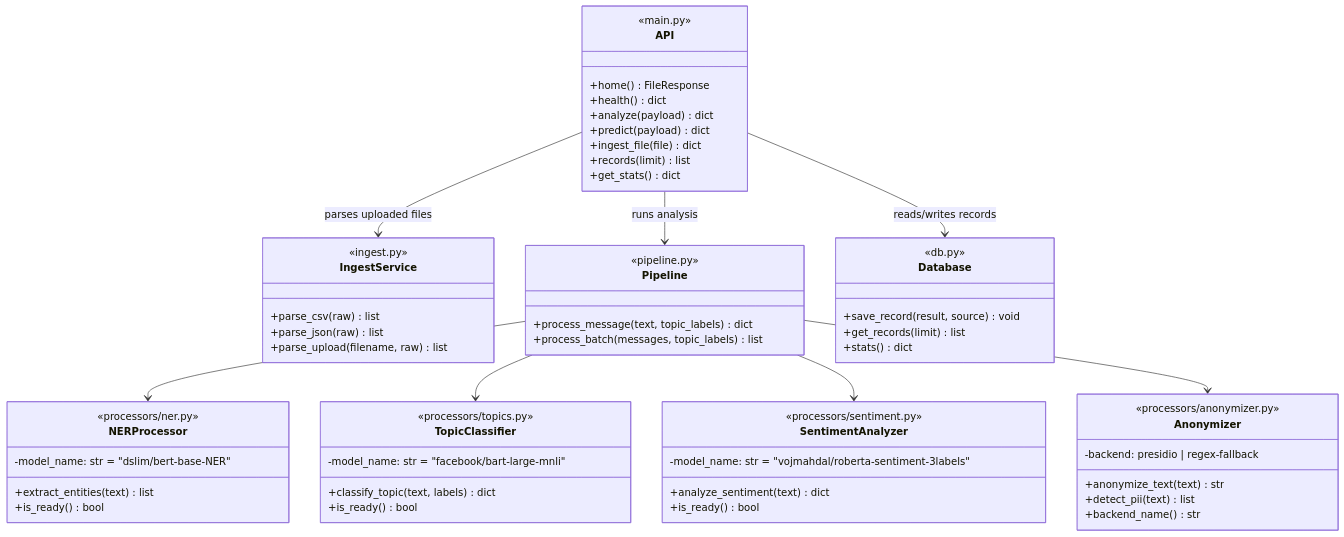
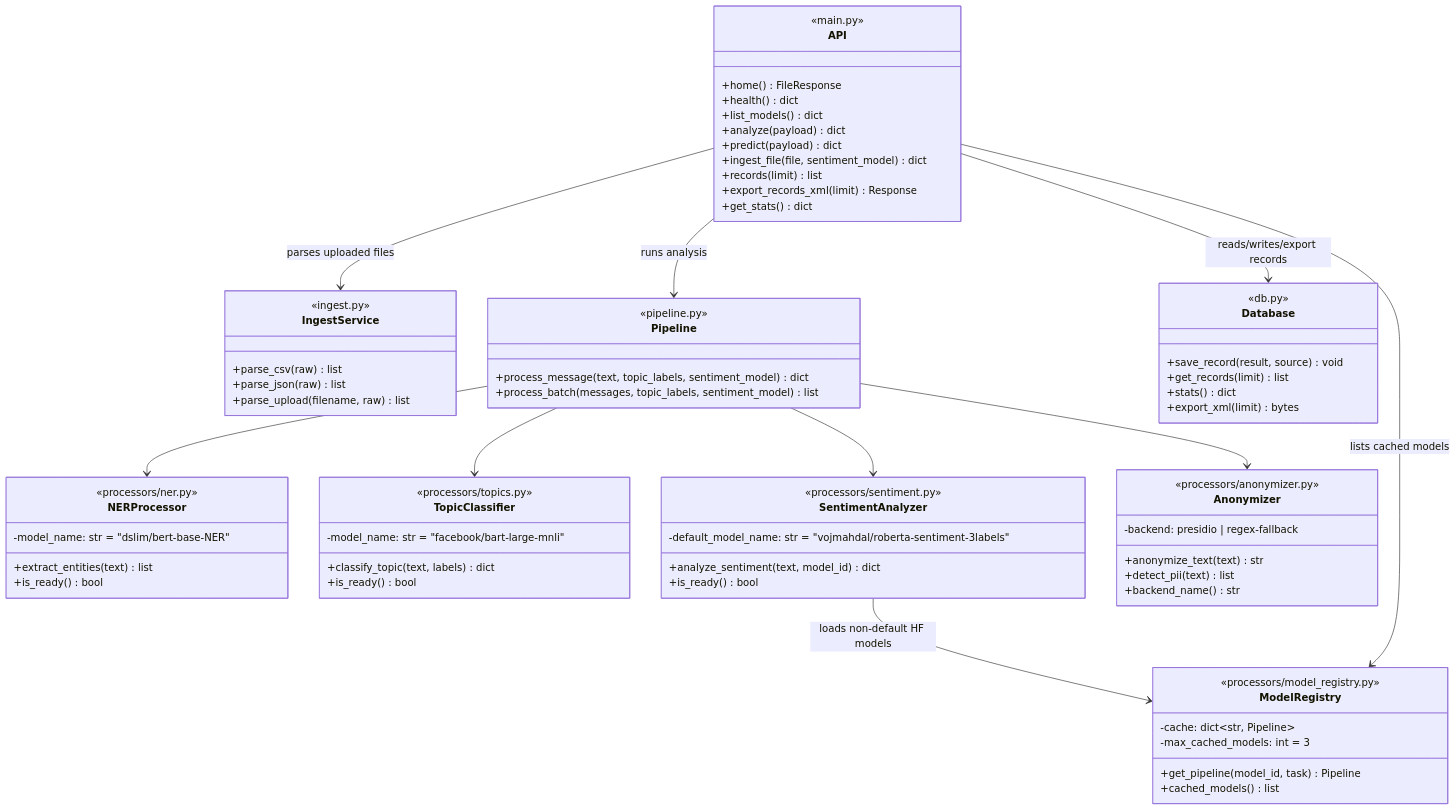
The diagram in docs/class_diagram.md (vojmahdal/sentiment_analysis_api), drawn with Mermaid before and after one commit. The commit also changed other lines of this file and 12 other files, not shown here.

````diff
--- a/docs/class_diagram.md
+++ b/docs/class_diagram.md
@@ -9,10 +11,12 @@
         <<main.py>>
         +home() FileResponse
         +health() dict
+        +list_models() dict
         +analyze(payload) dict
         +predict(payload) dict
-        +ingest_file(file) dict
+        +ingest_file(file, sentiment_model) dict
         +records(limit) list
+        +export_records_xml(limit) Response
         +get_stats() dict
     }
 
@@ -25,8 +29,8 @@
 
     class Pipeline {
         <<pipeline.py>>
-        +process_message(text, topic_labels) dict
-        +process_batch(messages, topic_labels) list
+        +process_message(text, topic_labels, sentiment_model) dict
+        +process_batch(messages, topic_labels, sentiment_model) list
     }
 
     class NERProcessor {
@@ -45,9 +49,17 @@
 
     class SentimentAnalyzer {
         <<processors/sentiment.py>>
-        -model_name: str = "vojmahdal/roberta-sentiment-3labels"
-        +analyze_sentiment(text) dict
+        -default_model_name: str = "vojmahdal/roberta-sentiment-3labels"
+        +analyze_sentiment(text, model_id) dict
         +is_ready() bool
+    }
+
+    class ModelRegistry {
+        <<processors/model_registry.py>>
+        -cache: dict~str, Pipeline~
+        -max_cached_models: int = 3
+        +get_pipeline(model_id, task) Pipeline
+        +cached_models() list
     }
 
     class Anonymizer {
@@ -63,13 +75,16 @@
         +save_record(result, source) void
         +get_records(limit) list
         +stats() dict
+        +export_xml(limit) bytes
     }
 
     API --> IngestService : parses uploaded files
     API --> Pipeline : runs analysis
-    API --> Database : reads/writes records
+    API --> Database : reads/writes/export records
+    API --> ModelRegistry : lists cached models
     Pipeline --> NERProcessor
     Pipeline --> TopicClassifier
     Pipeline --> SentimentAnalyzer
     Pipeline --> Anonymizer
+    SentimentAnalyzer --> ModelRegistry : loads non-default HF models
 ```
````
